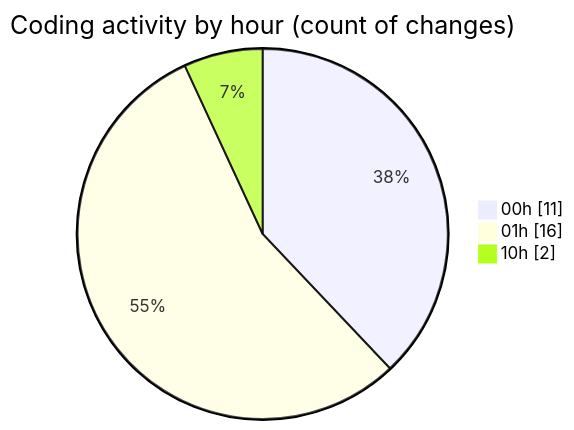
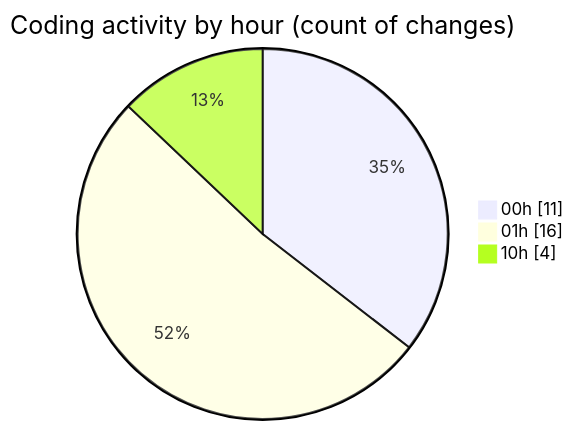
One commit to julien-gomy/code-tracking changed the second of 2 diagrams in 2025-10-11/eventscop-frontend-guide__workspace_/README.md. Above: the diagram before and after it, drawn with Mermaid. The commit also changed other lines of this file and 1 other file, not shown here.

````diff
--- a/2025-10-11/eventscop-frontend-guide__workspace_/README.md
+++ b/2025-10-11/eventscop-frontend-guide__workspace_/README.md
@@ -37,7 +39,7 @@
 ```mermaid
 pie showData
 title Coding activity by hour (count of changes)
 "00h" : 11
 "01h" : 16
-"10h" : 2
+"10h" : 4
 ```
````
